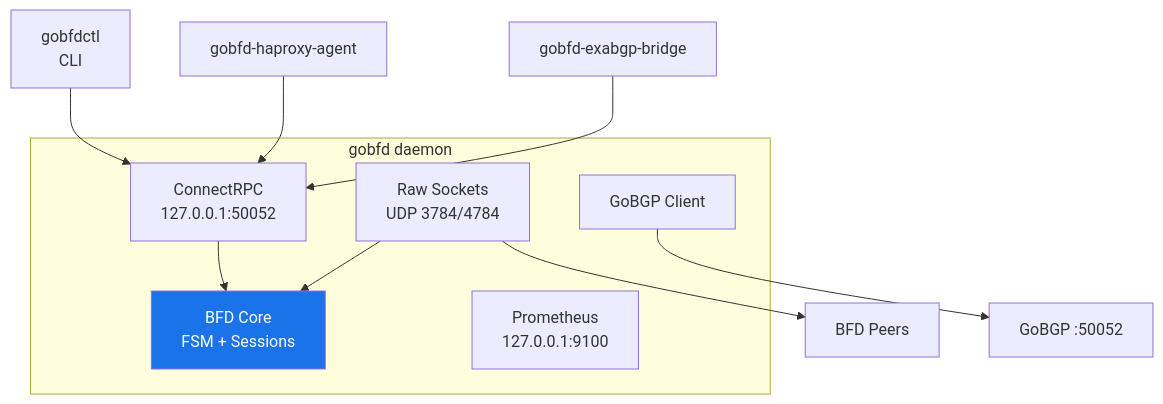
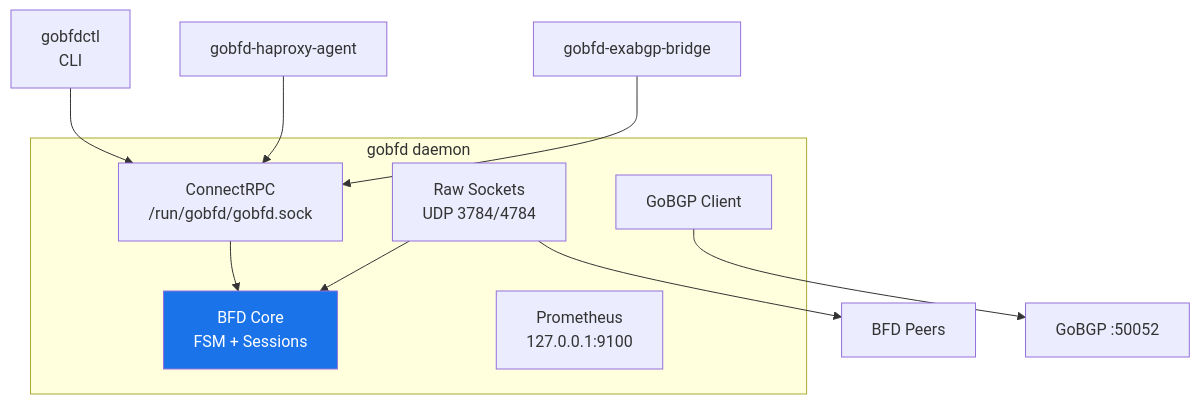
The diagram in README.md (dantte-lp/gobfd), drawn with Mermaid before and after one commit. The commit also changed 55 other files, not shown here.

````diff
--- a/README.md
+++ b/README.md
@@ -69,20 +69,20 @@
 ```mermaid
 graph TB
     subgraph "gobfd daemon"
-        SRV["ConnectRPC<br/>127.0.0.1:50052"]
+        SRV["ConnectRPC<br/>/run/gobfd/gobfd.sock"]
         BFD["BFD Core<br/>FSM + Sessions"]
         NET["Raw Sockets<br/>UDP 3784/4784"]
         BGP["GoBGP Client"]
         MET["Prometheus<br/>127.0.0.1:9100"]
     end
 
     CLI["gobfdctl<br/>CLI"] --> SRV
     HAP["gobfd-haproxy-agent"] --> SRV
     EXA["gobfd-exabgp-bridge"] --> SRV
     SRV --> BFD
     NET --> BFD
     BGP --> GOBGP["GoBGP :50052"]
     NET --> PEER["BFD Peers"]
 
     style BFD fill:#1a73e8,color:#fff
 ```
````
